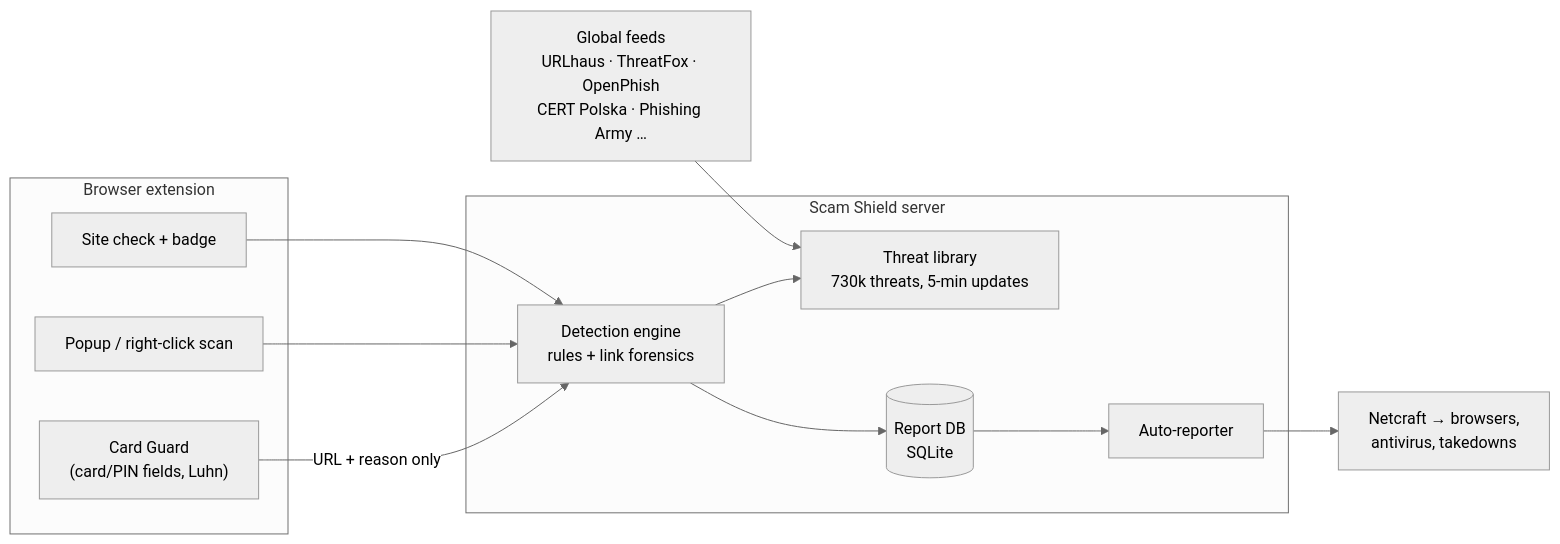
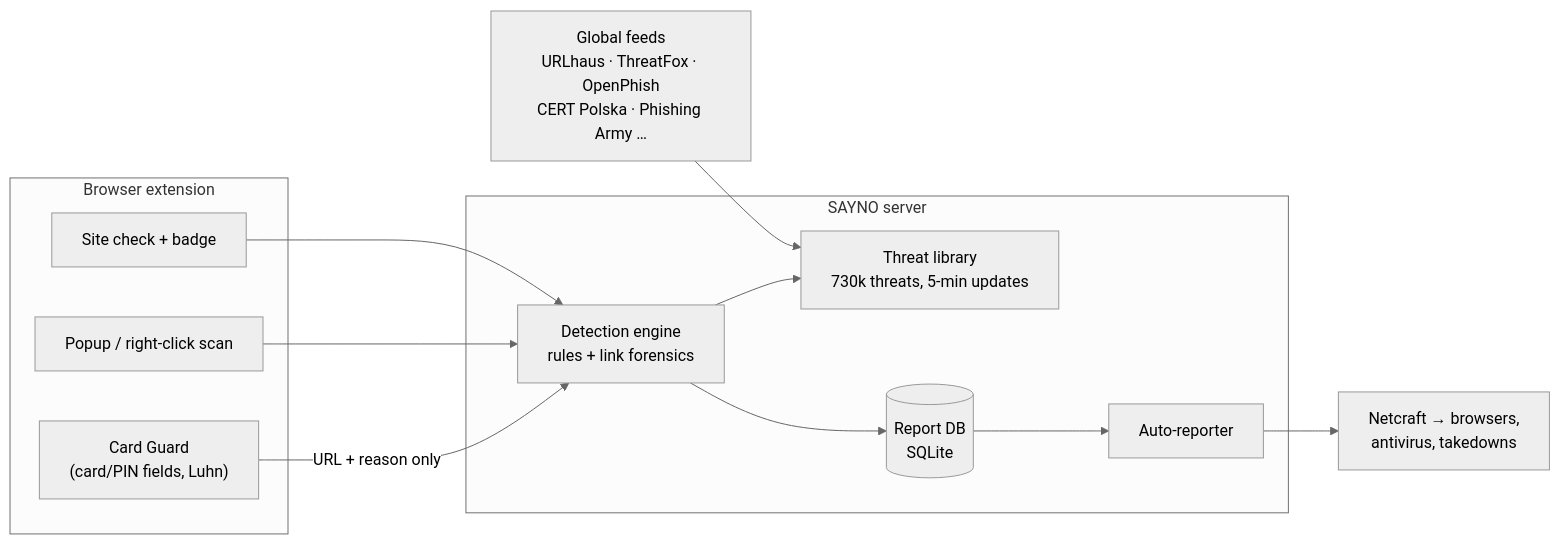
Before and after one commit to Lostmino13200845/sayno: the diagram in HACKATHON.md, drawn with Mermaid (neutral theme). The commit also changed other lines of this file and 28 other files, not shown here.

First line of the commit message:
Rename product from Scam Shield to SAYNO

````diff
--- a/HACKATHON.md
+++ b/HACKATHON.md
@@ -68,20 +68,20 @@
 ```mermaid
 flowchart LR
   subgraph Browser["Browser extension"]
     CG["Card Guard<br/>(card/PIN fields, Luhn)"]
     BG["Site check + badge"]
     PU["Popup / right-click scan"]
   end
-  subgraph Server["Scam Shield server"]
+  subgraph Server["SAYNO server"]
     EN["Detection engine<br/>rules + link forensics"]
     TI["Threat library<br/>730k threats, 5-min updates"]
     DB[("Report DB<br/>SQLite")]
     AR["Auto-reporter"]
   end
   FEEDS["Global feeds<br/>URLhaus · ThreatFox · OpenPhish<br/>CERT Polska · Phishing Army …"] --> TI
   BG --> EN
   PU --> EN
   CG -- "URL + reason only" --> EN
   EN --> TI
   EN --> DB --> AR --> NC["Netcraft → browsers,<br/>antivirus, takedowns"]
 ```
````
